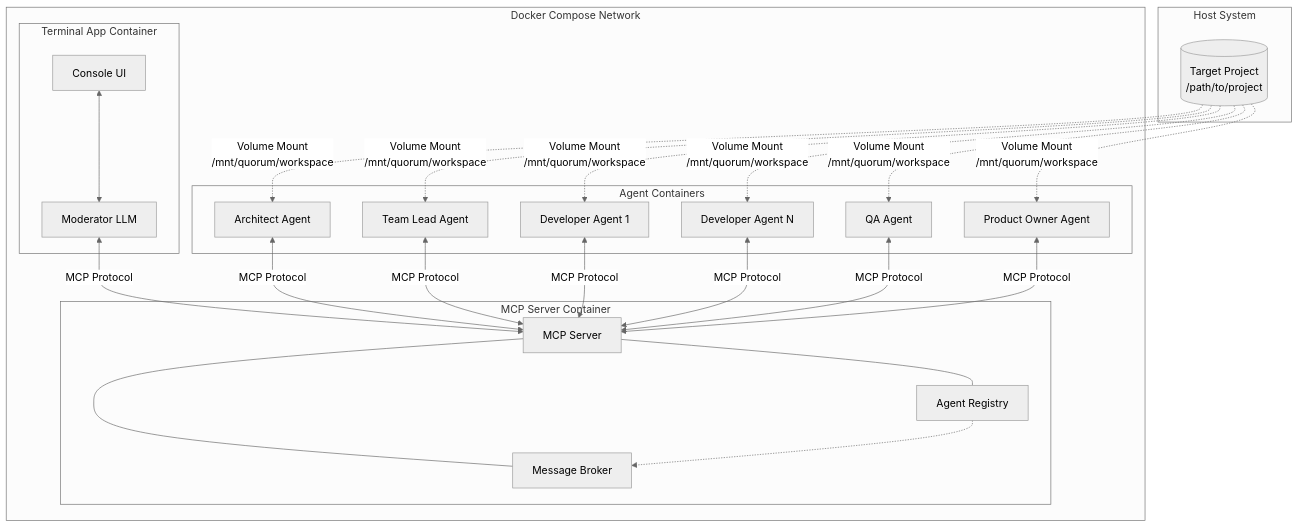
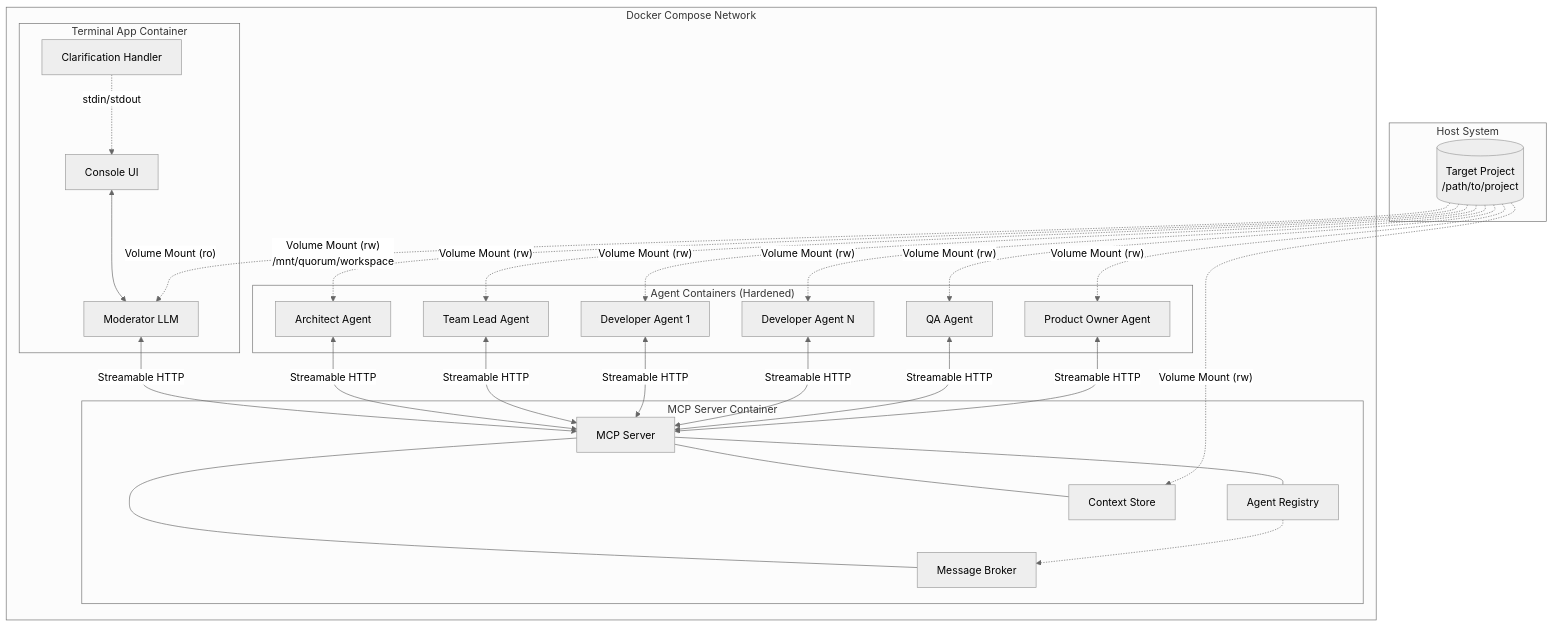
Before and after one commit to ia64mail/quorum: the first of 5 diagrams in docs/system-design.md, drawn with Mermaid (neutral theme). The commit also changed other lines of this file and 2 other files, not shown here.

Commit message:
Update system design documentation to describe Streamable HTTP protocol adoption, container hardening measures, context file persistence in `quorum.context`, `ClarificationHandler` introduction, and role-based permission enforcement.

````diff
--- a/docs/system-design.md
+++ b/docs/system-design.md
@@ -9,47 +9,53 @@
 ```mermaid
 graph TB
     subgraph "Host System"
         HV[("Target Project<br/>/path/to/project")]
     end
 
     subgraph "Docker Compose Network"
         subgraph "Terminal App Container"
             UI[Console UI]
             MOD[Moderator LLM]
+            CLAR[Clarification Handler]
             UI <--> MOD
+            CLAR -.->|"stdin/stdout"| UI
         end
 
         subgraph "MCP Server Container"
             MCP[MCP Server]
             REG[Agent Registry]
             MSG[Message Broker]
+            CTX[Context Store]
             MCP --- REG
             MCP --- MSG
+            MCP --- CTX
             REG -.-> MSG
         end
 
-        subgraph "Agent Containers"
+        subgraph "Agent Containers (Hardened)"
             A1[Architect Agent]
             A2[Team Lead Agent]
             A3[Developer Agent 1]
             A4[Developer Agent N]
             A5[QA Agent]
             A6[Product Owner Agent]
         end
 
-        MOD <-->|MCP Protocol| MCP
-        A1 <-->|MCP Protocol| MCP
-        A2 <-->|MCP Protocol| MCP
-        A3 <-->|MCP Protocol| MCP
-        A4 <-->|MCP Protocol| MCP
-        A5 <-->|MCP Protocol| MCP
-        A6 <-->|MCP Protocol| MCP
+        MOD <-->|Streamable HTTP| MCP
+        A1 <-->|Streamable HTTP| MCP
+        A2 <-->|Streamable HTTP| MCP
+        A3 <-->|Streamable HTTP| MCP
+        A4 <-->|Streamable HTTP| MCP
+        A5 <-->|Streamable HTTP| MCP
+        A6 <-->|Streamable HTTP| MCP
     end
 
-    HV -.->|Volume Mount<br/>/mnt/quorum/workspace| A1
-    HV -.->|Volume Mount<br/>/mnt/quorum/workspace| A2
-    HV -.->|Volume Mount<br/>/mnt/quorum/workspace| A3
-    HV -.->|Volume Mount<br/>/mnt/quorum/workspace| A4
-    HV -.->|Volume Mount<br/>/mnt/quorum/workspace| A5
-    HV -.->|Volume Mount<br/>/mnt/quorum/workspace| A6
+    HV -.->|"Volume Mount (ro)"| MOD
+    HV -.->|"Volume Mount (rw)"| CTX
+    HV -.->|"Volume Mount (rw)<br/>/mnt/quorum/workspace"| A1
+    HV -.->|"Volume Mount (rw)"| A2
+    HV -.->|"Volume Mount (rw)"| A3
+    HV -.->|"Volume Mount (rw)"| A4
+    HV -.->|"Volume Mount (rw)"| A5
+    HV -.->|"Volume Mount (rw)"| A6
 ```
````
